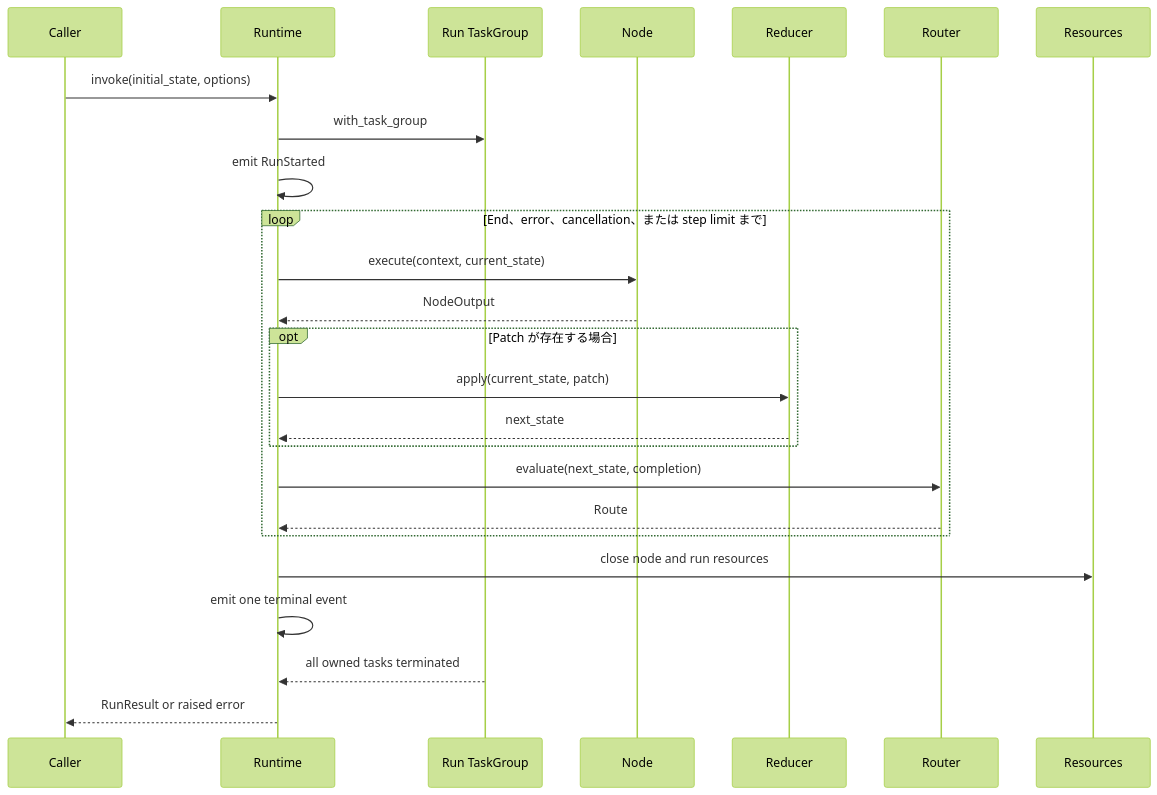
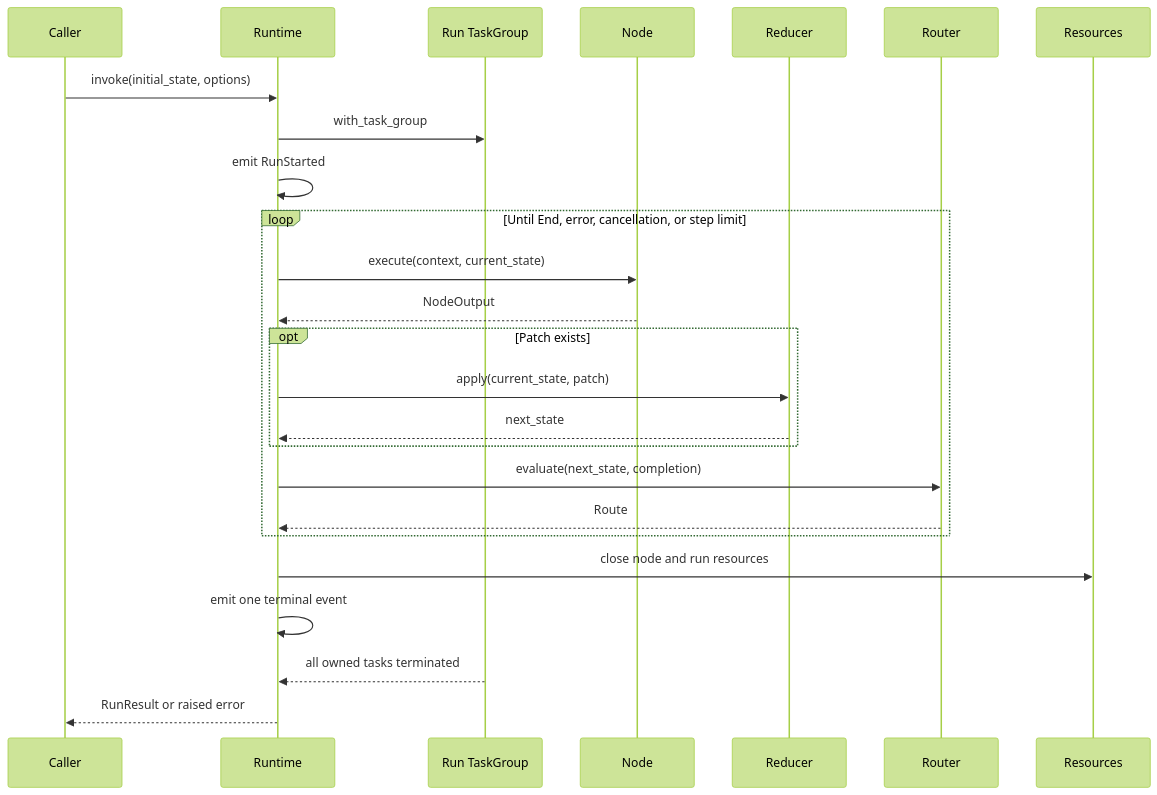
The second of 2 diagrams in mbt/package/moon-agent-graph/docs/architecture.ja.md (totto2727-org/monorepo), drawn with Mermaid (forest theme) before and after one commit. The commit also changed other lines of this file and 15 other files, not shown here.

First line of the commit message:
fix(moon-agent-graph): use OpenCode CLI SDK

````diff
--- a/mbt/package/moon-agent-graph/docs/architecture.ja.md
+++ b/mbt/package/moon-agent-graph/docs/architecture.ja.md
@@ -104,30 +104,30 @@
 ```mermaid
 sequenceDiagram
   participant Caller
   participant Runtime
   participant Group as Run TaskGroup
   participant Node
   participant Reducer
   participant Router
   participant Resources
 
   Caller->>Runtime: invoke(initial_state, options)
   Runtime->>Group: with_task_group
   Runtime->>Runtime: emit RunStarted
 
-  loop End、error、cancellation、または step limit まで
+  loop Until End, error, cancellation, or step limit
     Runtime->>Node: execute(context, current_state)
     Node-->>Runtime: NodeOutput
-    opt Patch が存在する場合
+    opt Patch exists
       Runtime->>Reducer: apply(current_state, patch)
       Reducer-->>Runtime: next_state
     end
     Runtime->>Router: evaluate(next_state, completion)
     Router-->>Runtime: Route
   end
 
   Runtime->>Resources: close node and run resources
   Runtime->>Runtime: emit one terminal event
   Group-->>Runtime: all owned tasks terminated
   Runtime-->>Caller: RunResult or raised error
 ```
````
